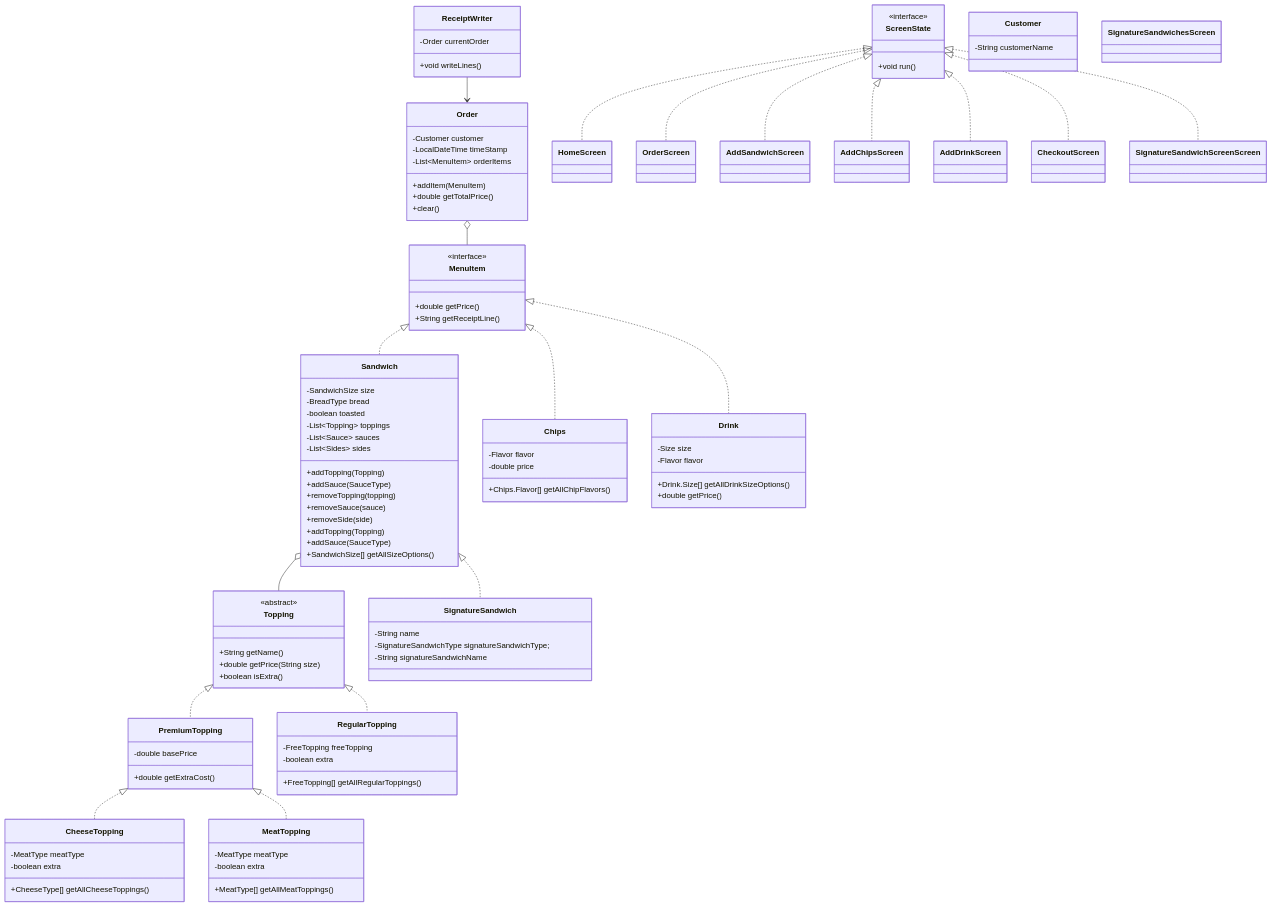
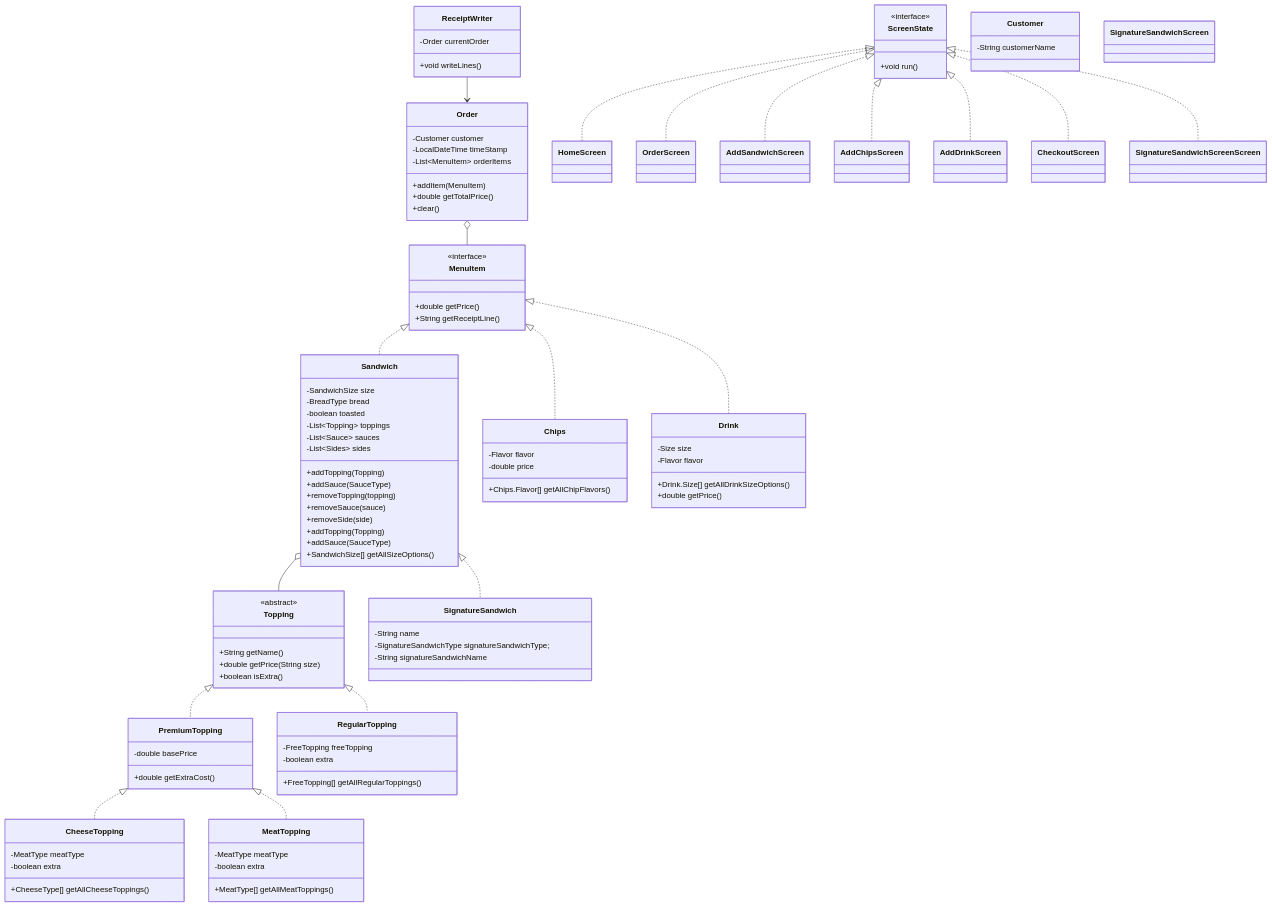
The diagram in README.md (annaharbour/deli-cious), drawn with Mermaid before and after one commit.

Commit message:
Update README.md
signaturesandwich name change

```diff
--- a/README.md
+++ b/README.md
@@ -103,7 +103,7 @@
     class HomeScreen
     class OrderScreen
     class AddSandwichScreen
-    class SignatureSandwichesScreen
+    class SignatureSandwichScreen
     class AddChipsScreen
     class AddDrinkScreen
     class CheckoutScreen
```
